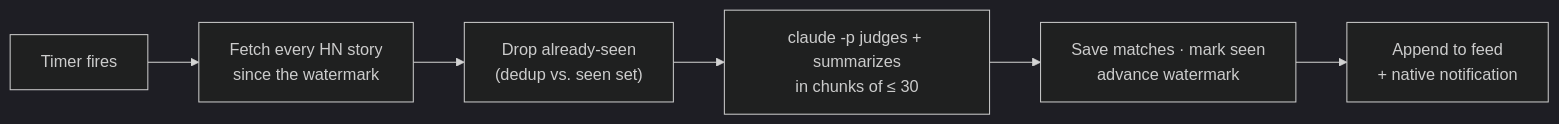
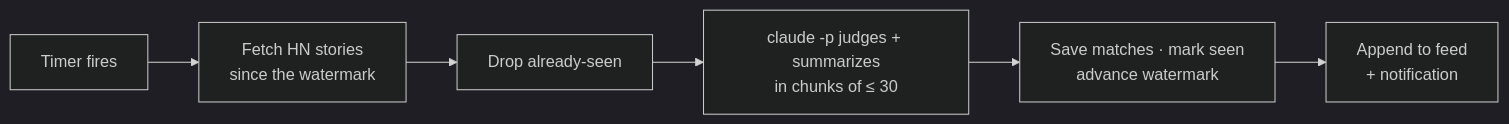
One commit to sourabhbgp/hn-watch changed the fourth of 6 diagrams in ARCHITECTURE.md. Above: the diagram before and after it, drawn with Mermaid (dark theme). The commit also changed other lines of this file, not shown here.

First line of the commit message:
docs: tighten ARCHITECTURE.md - short sentences, no essay

````diff
--- a/ARCHITECTURE.md
+++ b/ARCHITECTURE.md
@@ -135,8 +118,8 @@
 ```mermaid
 flowchart LR
-    T["Timer fires"] --> FE["Fetch every HN story<br/>since the watermark"]
-    FE --> PF["Drop already-seen<br/>(dedup vs. seen set)"]
+    T["Timer fires"] --> FE["Fetch HN stories<br/>since the watermark"]
+    FE --> PF["Drop already-seen"]
     PF --> J["claude -p judges + summarizes<br/>in chunks of ≤ 30"]
     J --> SV["Save matches · mark seen<br/>advance watermark"]
-    SV --> EM["Append to feed<br/>+ native notification"]
+    SV --> EM["Append to feed<br/>+ notification"]
 ```
````
